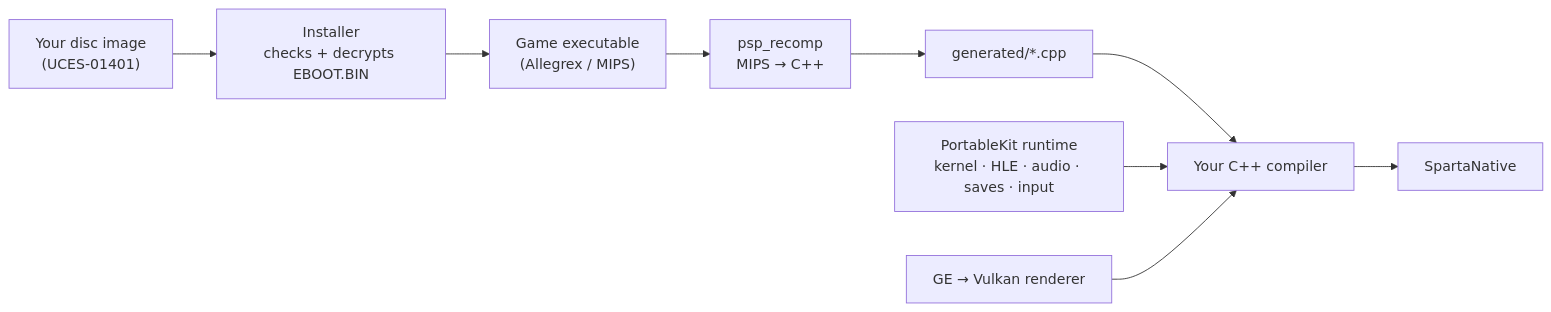
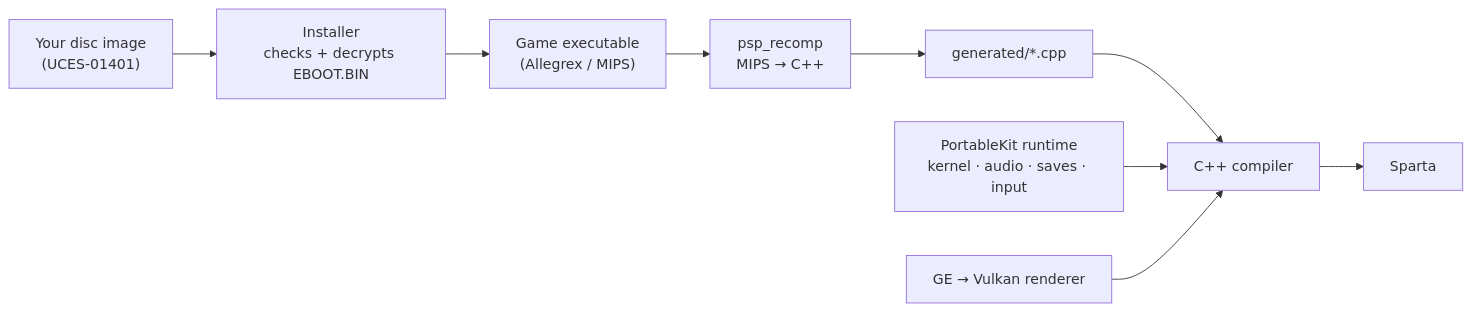
Before and after one commit to arnaldolima1/gow-ghost-of-sparta-pc: the diagram in README.md, drawn with Mermaid. The commit also changed other lines of this file and 5 other files, not shown here.

````diff
--- a/README.md
+++ b/README.md
@@ -85,11 +96,11 @@
 ```mermaid
 flowchart LR
     ISO["Your disc image<br/>(UCES-01401)"] --> INST["Installer<br/>checks + decrypts EBOOT.BIN"]
     INST --> ELF["Game executable<br/>(Allegrex / MIPS)"]
     ELF --> RECOMP["psp_recomp<br/>MIPS → C++"]
     RECOMP --> CPP["generated/*.cpp"]
-    CPP --> CC["Your C++ compiler"]
-    RT["PortableKit runtime<br/>kernel · HLE · audio · saves · input"] --> CC
+    CPP --> CC["C++ compiler"]
+    RT["PortableKit runtime<br/>kernel · audio · saves · input"] --> CC
     GPU["GE → Vulkan renderer"] --> CC
-    CC --> APP["SpartaNative"]
+    CC --> APP["Sparta"]
 ```
````
